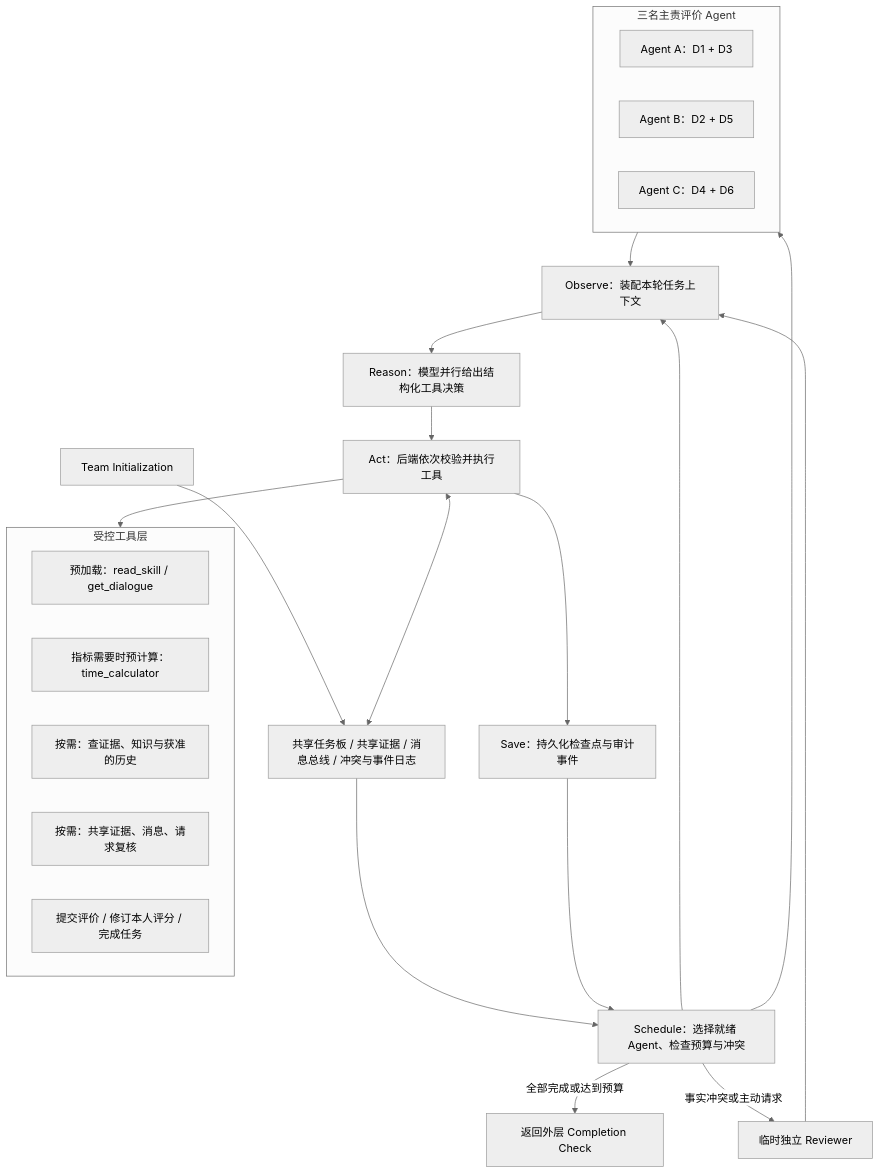
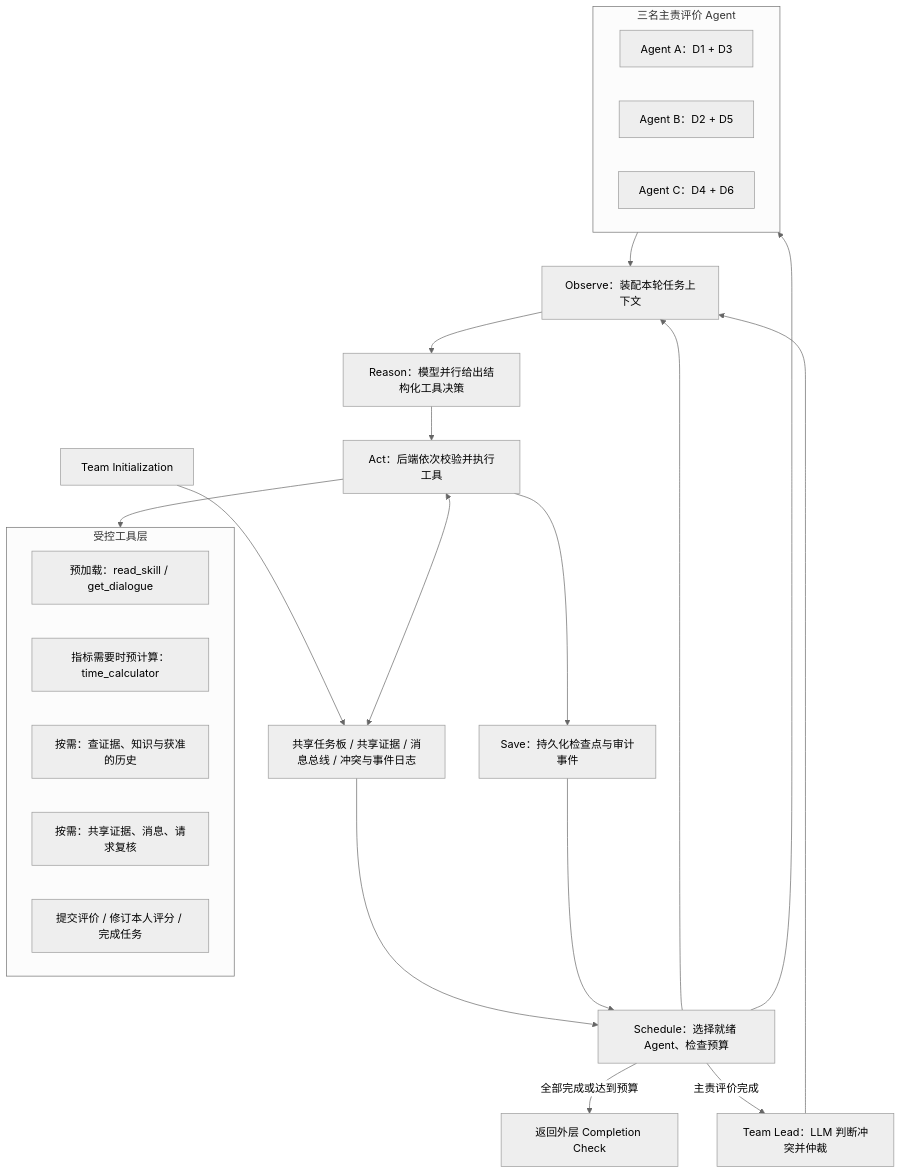
The second of 2 diagrams in docs/PROJECT_ARCHITECTURE.md (poxuxuxux/Online-psychological-counseling-platform-doctor-service-quality-monitoring-agent), drawn with Mermaid (neutral theme) before and after one commit. The commit also changed other lines of this file and 73 other files, not shown here.

````diff
--- a/docs/PROJECT_ARCHITECTURE.md
+++ b/docs/PROJECT_ARCHITECTURE.md
@@ -37,31 +37,31 @@
 ```mermaid
 flowchart TD
     A[Team Initialization] --> B[共享任务板 / 共享证据 / 消息总线 / 冲突与事件日志]
-    B --> C[Schedule：选择就绪 Agent、检查预算与冲突]
+    B --> C[Schedule：选择就绪 Agent、检查预算]
     C --> D[Observe：装配本轮任务上下文]
     D --> E[Reason：模型并行给出结构化工具决策]
     E --> F[Act：后端依次校验并执行工具]
     F --> G[Save：持久化检查点与审计事件]
     G --> C
     C -->|全部完成或达到预算| H[返回外层 Completion Check]
 
     subgraph Agents[三名主责评价 Agent]
       A1[Agent A：D1 + D3]
       A2[Agent B：D2 + D5]
       A3[Agent C：D4 + D6]
     end
     C --> Agents
     Agents --> D
     F <--> B
-    C -->|事实冲突或主动请求| V[临时独立 Reviewer]
+    C -->|主责评价完成| V[Team Lead：LLM 判断冲突并仲裁]
     V --> D
 
     subgraph Tools[受控工具层]
       T1[预加载：read_skill / get_dialogue]
       T2[指标需要时预计算：time_calculator]
       T3[按需：查证据、知识与获准的历史]
       T4[按需：共享证据、消息、请求复核]
       T5[提交评价 / 修订本人评分 / 完成任务]
     end
     F --> Tools
 ```
````
